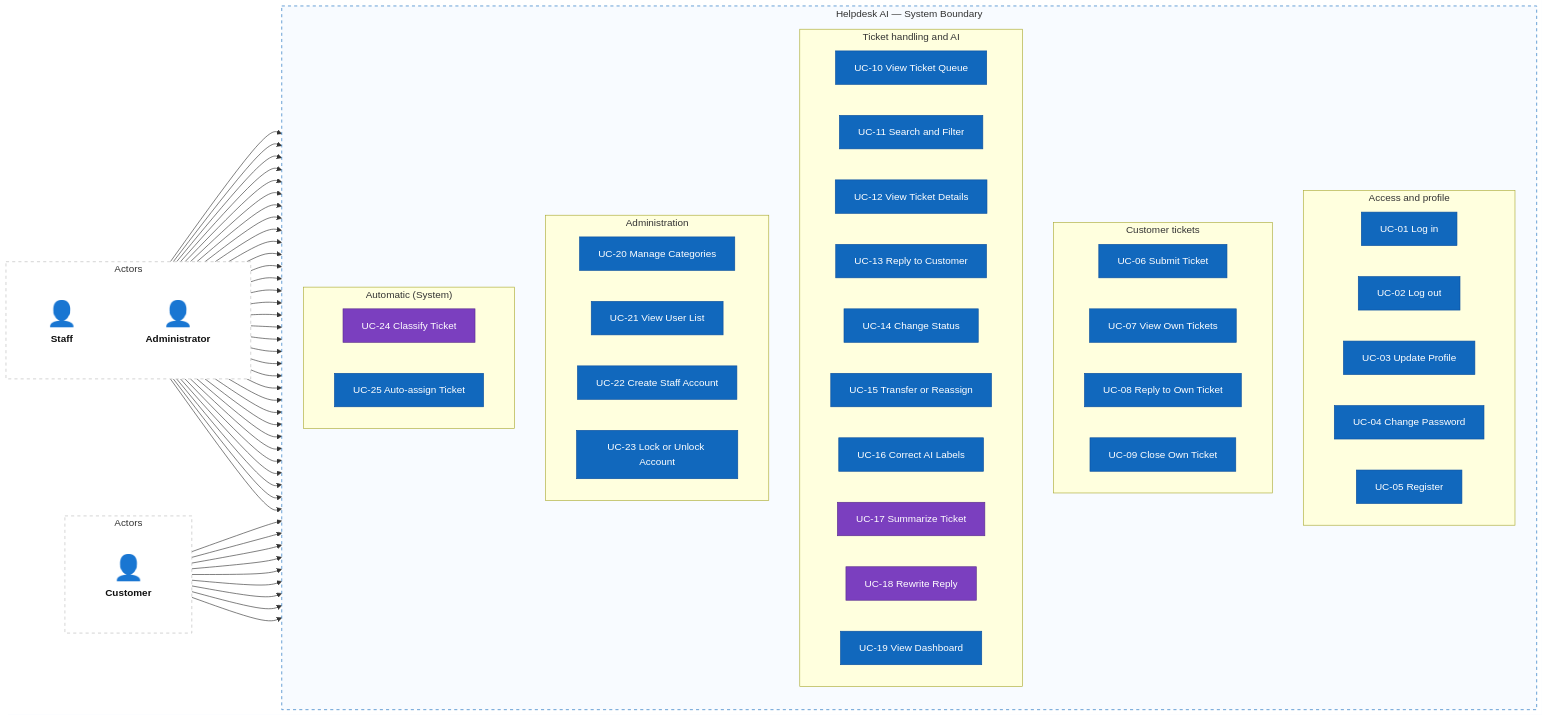
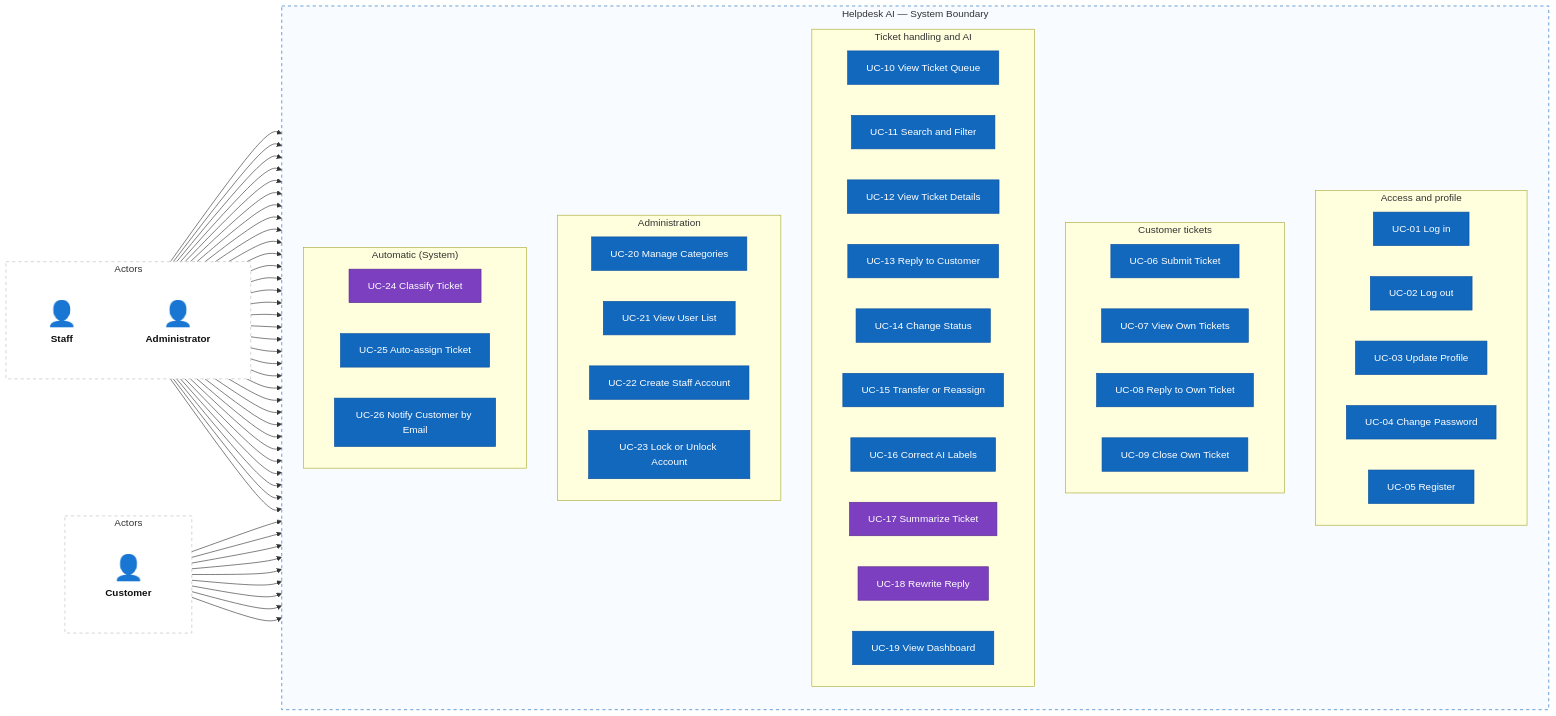
The first of 2 diagrams in docs/02-usecases-userstories/01-use-cases.md (minhtuann1102/HelpdeskAI), drawn with Mermaid before and after one commit. The commit also changed other lines of this file and 17 other files, not shown here.

First line of the commit message:
docs: add customer email notifications for ticket updates (D-19, US-35)

````diff
--- a/docs/02-usecases-userstories/01-use-cases.md
+++ b/docs/02-usecases-userstories/01-use-cases.md
@@ -50,71 +52,72 @@
 ```mermaid
 flowchart LR
     subgraph left["Actors"]
         direction TB
         customer["<span style='font-size:40px'>👤</span><br/><b>Customer</b>"]
     end
 
     subgraph system["Helpdesk AI — System Boundary"]
         direction TB
         subgraph access["Access and profile"]
             direction LR
             uc01["UC-01 Log in"]
             uc02["UC-02 Log out"]
             uc03["UC-03 Update Profile"]
             uc04["UC-04 Change Password"]
             uc05["UC-05 Register"]
         end
         subgraph customerTickets["Customer tickets"]
             direction LR
             uc06["UC-06 Submit Ticket"]
             uc07["UC-07 View Own Tickets"]
             uc08["UC-08 Reply to Own Ticket"]
             uc09["UC-09 Close Own Ticket"]
         end
         subgraph handling["Ticket handling and AI"]
             direction LR
             uc10["UC-10 View Ticket Queue"]
             uc11["UC-11 Search and Filter"]
             uc12["UC-12 View Ticket Details"]
             uc13["UC-13 Reply to Customer"]
             uc14["UC-14 Change Status"]
             uc15["UC-15 Transfer or Reassign"]
             uc16["UC-16 Correct AI Labels"]
             uc17["UC-17 Summarize Ticket"]
             uc18["UC-18 Rewrite Reply"]
             uc19["UC-19 View Dashboard"]
         end
         subgraph administration["Administration"]
             direction LR
             uc20["UC-20 Manage Categories"]
             uc21["UC-21 View User List"]
             uc22["UC-22 Create Staff Account"]
             uc23["UC-23 Lock or Unlock Account"]
         end
         subgraph automatic["Automatic (System)"]
             direction LR
             uc24["UC-24 Classify Ticket"]
             uc25["UC-25 Auto-assign Ticket"]
+            uc26["UC-26 Notify Customer by Email"]
         end
     end
 
     subgraph right["Actors"]
         direction TB
         staff["<span style='font-size:40px'>👤</span><br/><b>Staff</b>"]
         admin["<span style='font-size:40px'>👤</span><br/><b>Administrator</b>"]
     end
 
     customer --> uc01 & uc02 & uc03 & uc04 & uc05 & uc06 & uc07 & uc08 & uc09
     staff --> uc01 & uc02 & uc03 & uc04 & uc10 & uc11 & uc12 & uc13 & uc14 & uc15 & uc16 & uc17 & uc18 & uc19
     admin --> uc01 & uc02 & uc03 & uc04 & uc10 & uc11 & uc12 & uc13 & uc14 & uc15 & uc16 & uc17 & uc18 & uc19 & uc20 & uc21 & uc22 & uc23
 
     classDef actor fill:none,stroke:none,color:#111
     classDef usecase fill:#1168bd,color:#fff,stroke:#0b4f9e
     classDef ai fill:#7b3fbf,color:#fff,stroke:#5a2d8c
     class customer,staff,admin actor
-    class uc01,uc02,uc03,uc04,uc05,uc06,uc07,uc08,uc09,uc10,uc11,uc12,uc13,uc14,uc15,uc16,uc19,uc20,uc21,uc22,uc23,uc25 usecase
+    class uc01,uc02,uc03,uc04,uc05,uc06,uc07,uc08,uc09,uc10,uc11,uc12,uc13,uc14,uc15,uc16,uc19,uc20,uc21,uc22,uc23,uc25,uc26 usecase
     class uc17,uc18,uc24 ai
     style left fill:#fff,stroke:#bbb,stroke-dasharray:5 5
     style right fill:#fff,stroke:#bbb,stroke-dasharray:5 5
     style system fill:#f8fbff,stroke:#1168bd,stroke-dasharray:5 5
 ```
````
